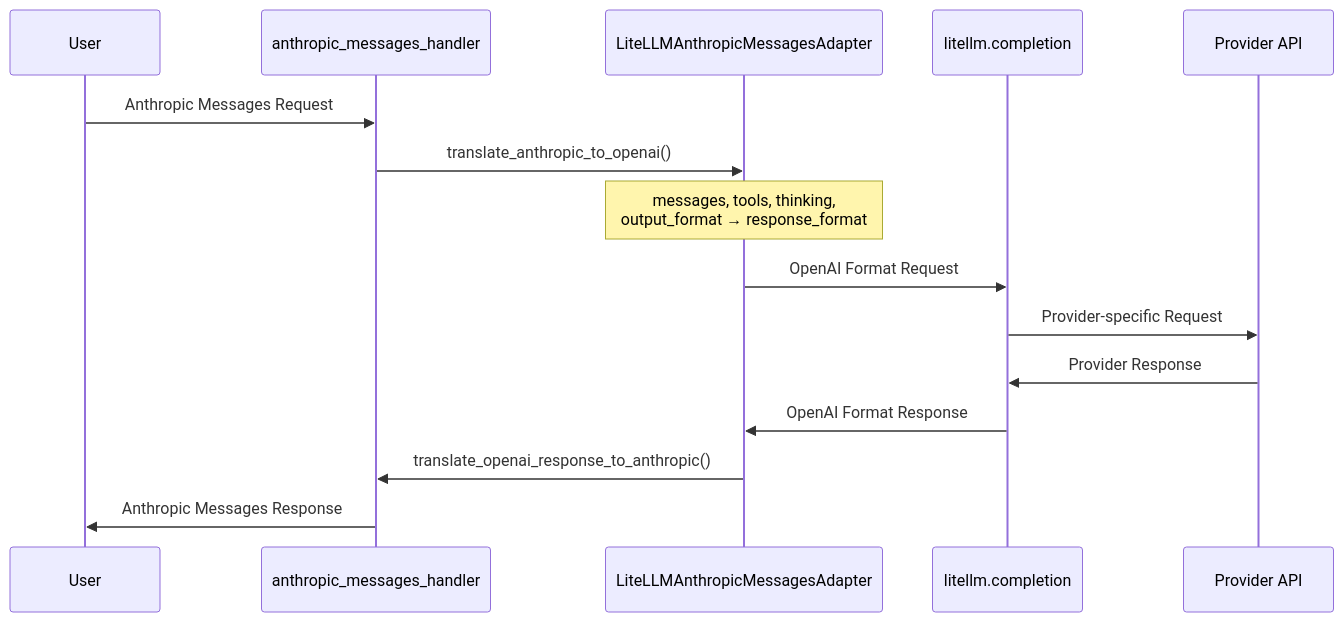
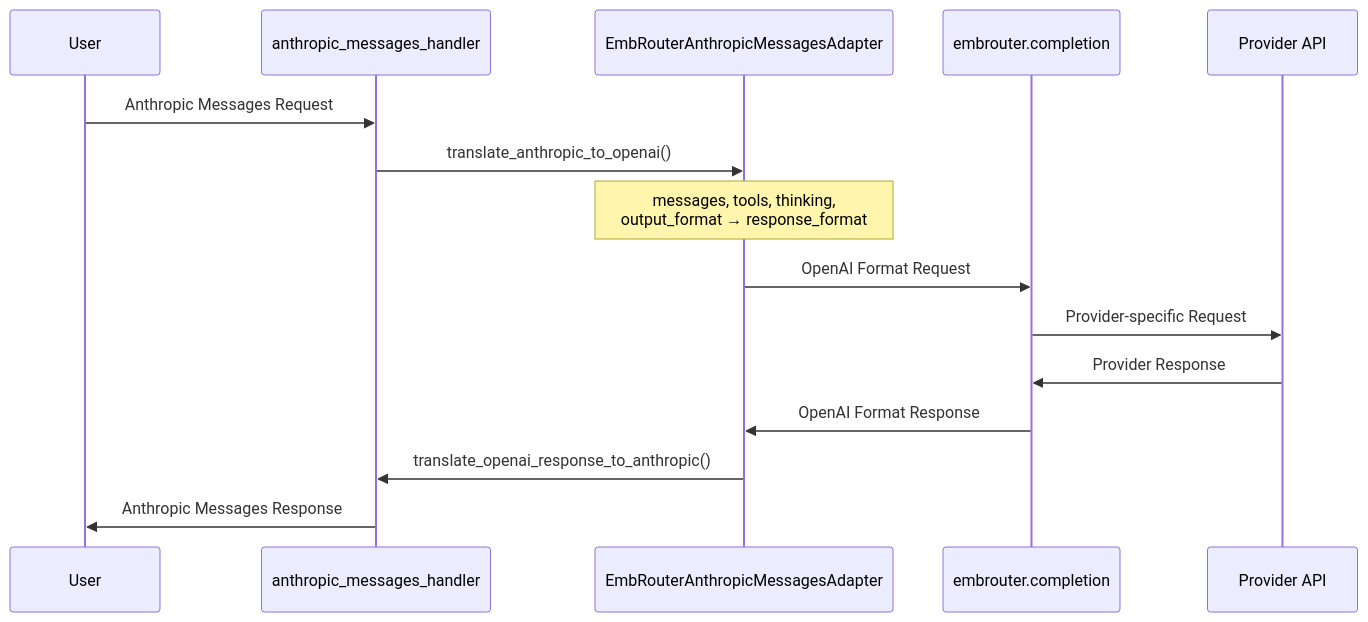
Before and after one commit to Issue-03/llm-passage: the second of 2 diagrams in embrouter/llms/anthropic/pass_through/architecture.md, drawn with Mermaid. The commit also changed other lines of this file and 5078 other files, not shown here.

First line of the commit message:
Phase 3 step 4: rename litellm to embrouter in file contents

````diff
--- a/embrouter/llms/anthropic/pass_through/architecture.md
+++ b/embrouter/llms/anthropic/pass_through/architecture.md
@@ -34,18 +34,18 @@
 ```mermaid
 sequenceDiagram
     participant User
     participant Handler as anthropic_messages_handler
-    participant Adapter as LiteLLMAnthropicMessagesAdapter
-    participant LiteLLM as litellm.completion
+    participant Adapter as EmbRouterAnthropicMessagesAdapter
+    participant EmbRouter as embrouter.completion
     participant Provider as Provider API
 
     User->>Handler: Anthropic Messages Request
     Handler->>Adapter: translate_anthropic_to_openai()
     Note over Adapter: messages, tools, thinking,<br/>output_format → response_format
-    Adapter->>LiteLLM: OpenAI Format Request
-    LiteLLM->>Provider: Provider-specific Request
-    Provider->>LiteLLM: Provider Response
-    LiteLLM->>Adapter: OpenAI Format Response
+    Adapter->>EmbRouter: OpenAI Format Request
+    EmbRouter->>Provider: Provider-specific Request
+    Provider->>EmbRouter: Provider Response
+    EmbRouter->>Adapter: OpenAI Format Response
     Adapter->>Handler: translate_openai_response_to_anthropic()
     Handler->>User: Anthropic Messages Response
 ```
````
